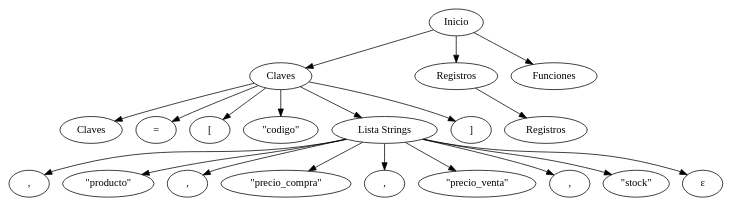
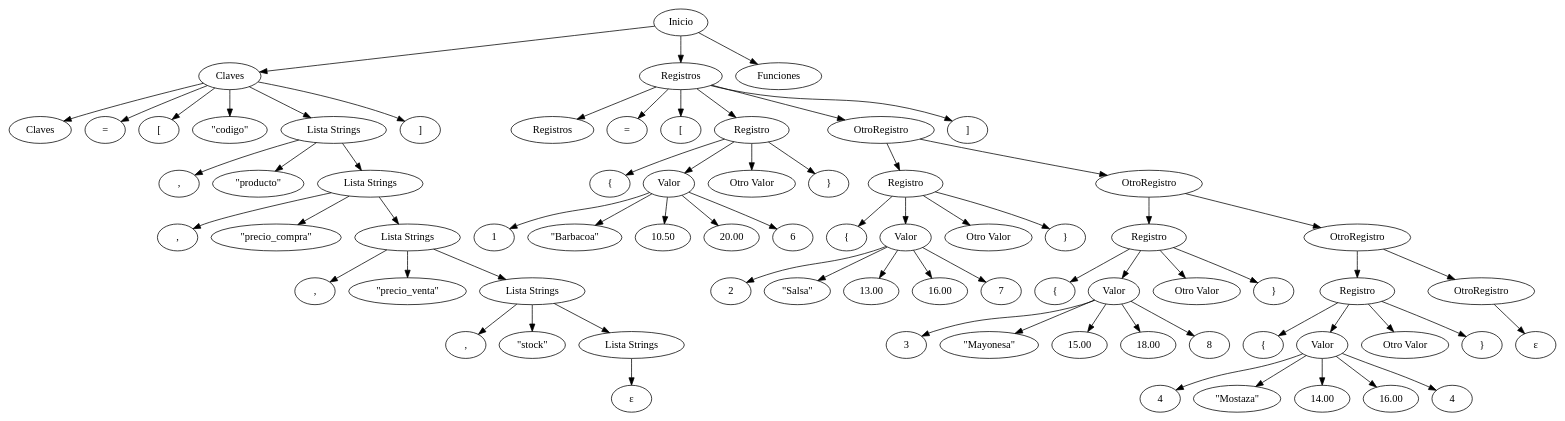
The diagram in Arbol.dot (HenryD11703/LFP_S2_2023_Proyecto2_202004071), drawn with Graphviz before and after one commit. The commit also changed 3 other files, not shown here.

```diff
--- a/Arbol.dot
+++ b/Arbol.dot
@@ -1,40 +1,145 @@
 digraph {
 	A [label=Inicio]
 	B [label=Claves]
 	C [label=Registros]
 	D [label=Funciones]
 	A -> B
 	N0 [label=Claves]
 	B -> N0
 	N1 [label="="]
 	B -> N1
 	N2 [label="["]
 	B -> N2
 	N3 [label="\"codigo\""]
 	B -> N3
-	Ls [label="Lista Strings"]
-	B -> Ls
+	L4 [label="Lista Strings"]
+	B -> L4
 	N4 [label=","]
-	Ls -> N4
+	L4 -> N4
 	N5 [label="\"producto\""]
-	Ls -> N5
+	L4 -> N5
+	L6 [label="Lista Strings"]
+	L4 -> L6
 	N6 [label=","]
-	Ls -> N6
+	L6 -> N6
 	N7 [label="\"precio_compra\""]
-	Ls -> N7
+	L6 -> N7
+	L8 [label="Lista Strings"]
+	L6 -> L8
 	N8 [label=","]
-	Ls -> N8
+	L8 -> N8
 	N9 [label="\"precio_venta\""]
-	Ls -> N9
+	L8 -> N9
+	L10 [label="Lista Strings"]
+	L8 -> L10
 	N10 [label=","]
-	Ls -> N10
+	L10 -> N10
 	N11 [label="\"stock\""]
-	Ls -> N11
-	Ls -> "ε"
+	L10 -> N11
+	L12 [label="Lista Strings"]
+	L10 -> L12
+	L12 -> "ε"
 	N12 [label="]"]
 	B -> N12
 	A -> C
 	N13 [label=Registros]
 	C -> N13
+	N14 [label="="]
+	C -> N14
+	N15 [label="["]
+	C -> N15
+	Reg16 [label=Registro]
+	C -> Reg16
+	N16 [label="{"]
+	Reg16 -> N16
+	V17 [label=Valor]
+	Reg16 -> V17
+	vs0 [label=1]
+	V17 -> vs0
+	OV17 [label="Otro Valor"]
+	Reg16 -> OV17
+	vs1 [label="\"Barbacoa\""]
+	V17 -> vs1
+	vs2 [label=10.50]
+	V17 -> vs2
+	vs3 [label=20.00]
+	V17 -> vs3
+	vs4 [label=6]
+	V17 -> vs4
+	N17 [label="}"]
+	Reg16 -> N17
+	oR18 [label=OtroRegistro]
+	C -> oR18
+	oR18 [label=OtroRegistro]
+	Reg18 [label=Registro]
+	oR18 -> Reg18
+	N18 [label="{"]
+	Reg18 -> N18
+	V19 [label=Valor]
+	Reg18 -> V19
+	vs5 [label=2]
+	V19 -> vs5
+	OV19 [label="Otro Valor"]
+	Reg18 -> OV19
+	vs6 [label="\"Salsa\""]
+	V19 -> vs6
+	vs7 [label=13.00]
+	V19 -> vs7
+	vs8 [label=16.00]
+	V19 -> vs8
+	vs9 [label=7]
+	V19 -> vs9
+	N19 [label="}"]
+	Reg18 -> N19
+	oR18 -> oR20
+	oR20 [label=OtroRegistro]
+	Reg20 [label=Registro]
+	oR20 -> Reg20
+	N20 [label="{"]
+	Reg20 -> N20
+	V21 [label=Valor]
+	Reg20 -> V21
+	vs10 [label=3]
+	V21 -> vs10
+	OV21 [label="Otro Valor"]
+	Reg20 -> OV21
+	vs11 [label="\"Mayonesa\""]
+	V21 -> vs11
+	vs12 [label=15.00]
+	V21 -> vs12
+	vs13 [label=18.00]
+	V21 -> vs13
+	vs14 [label=8]
+	V21 -> vs14
+	N21 [label="}"]
+	Reg20 -> N21
+	oR20 -> oR22
+	oR22 [label=OtroRegistro]
+	Reg22 [label=Registro]
+	oR22 -> Reg22
+	N22 [label="{"]
+	Reg22 -> N22
+	V23 [label=Valor]
+	Reg22 -> V23
+	vs15 [label=4]
+	V23 -> vs15
+	OV23 [label="Otro Valor"]
+	Reg22 -> OV23
+	vs16 [label="\"Mostaza\""]
+	V23 -> vs16
+	vs17 [label=14.00]
+	V23 -> vs17
+	vs18 [label=16.00]
+	V23 -> vs18
+	vs19 [label=4]
+	V23 -> vs19
+	N23 [label="}"]
+	Reg22 -> N23
+	oR22 -> oR24
+	oR24 [label=OtroRegistro]
+	va24 [label="ε"]
+	oR24 -> va24
+	N24 [label="]"]
+	C -> N24
 	A -> D
 }
```
